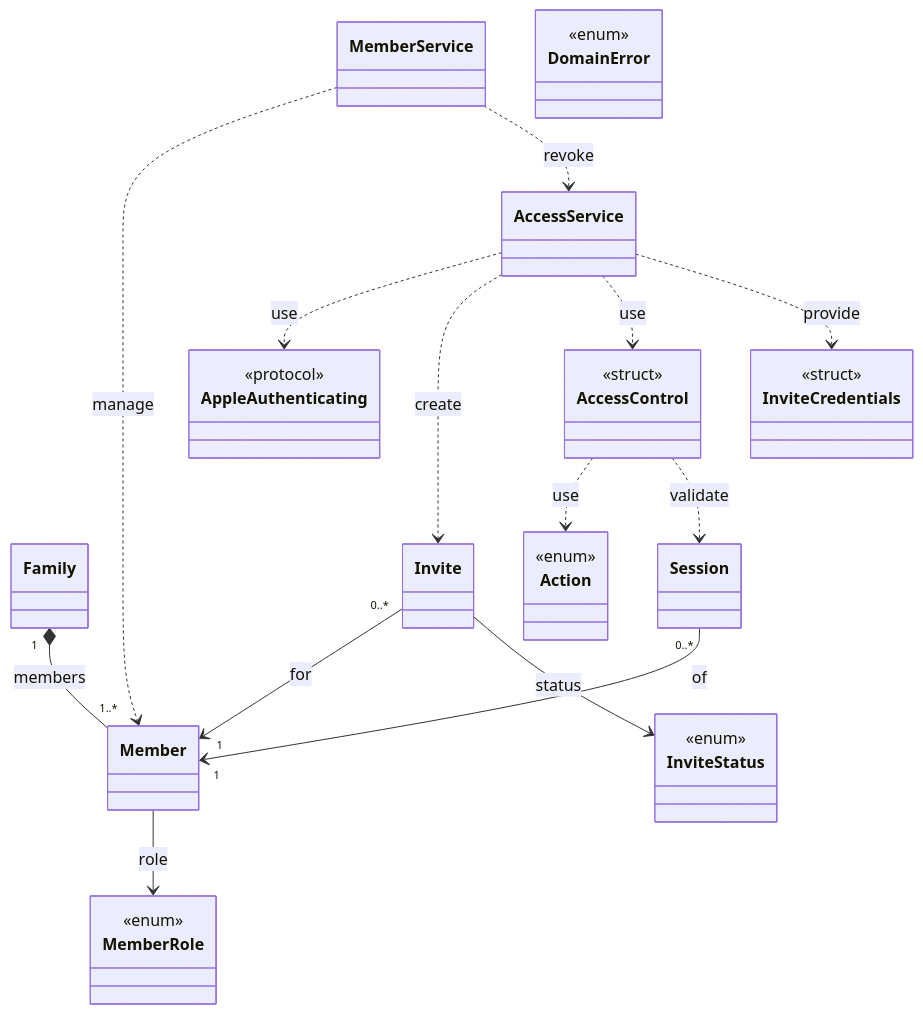
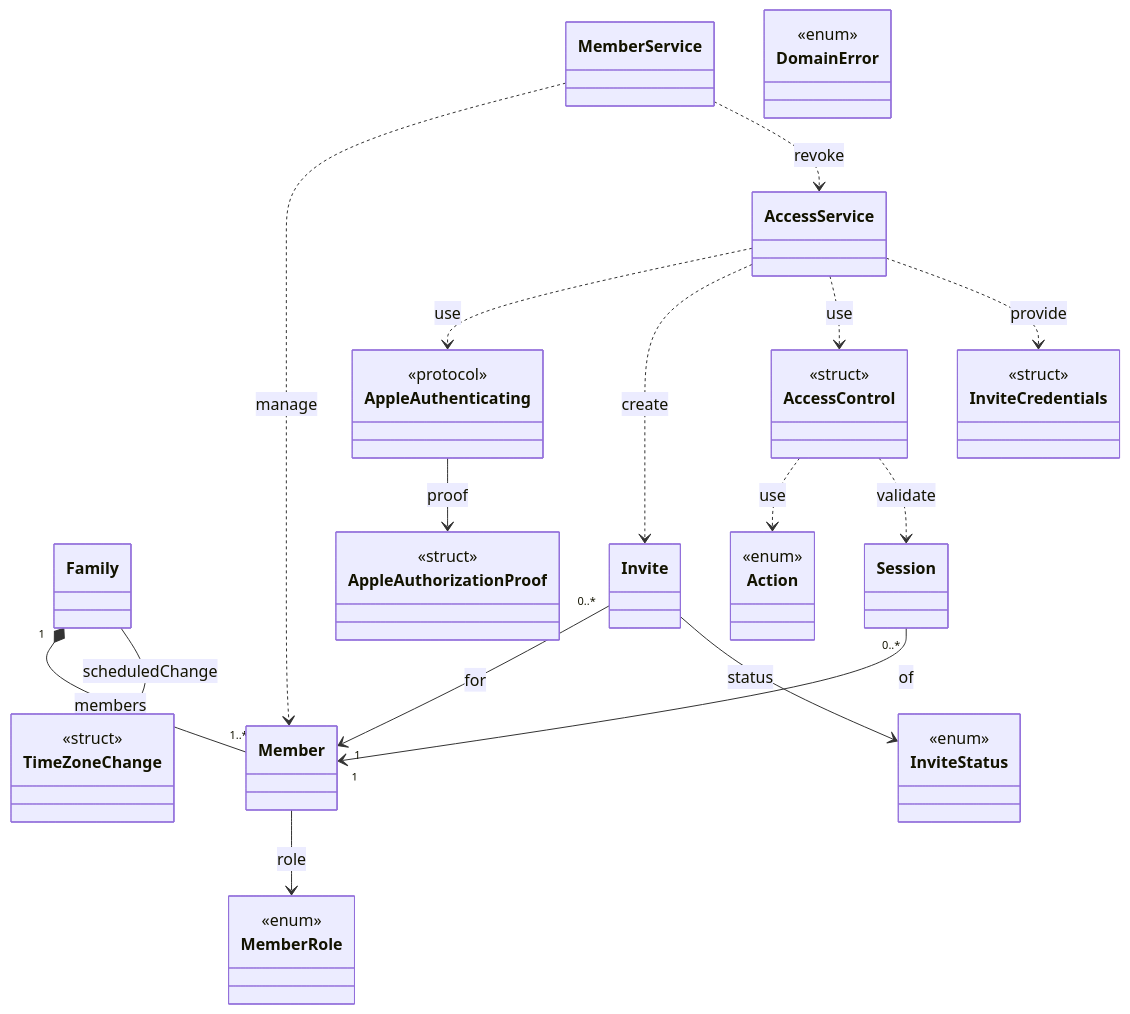
One commit to lizandramalta/App-Rotina-Familiar changed the first of 6 diagrams in docs/06-diagrama-de-classes.md. Above: the diagram before and after it, drawn with Mermaid. The commit also changed other lines of this file and 25 other files, not shown here.

````diff
--- a/docs/06-diagrama-de-classes.md
+++ b/docs/06-diagrama-de-classes.md
@@ -81,36 +83,42 @@
 ```mermaid
 classDiagram
     class Family
     class Member
     class MemberRole
     <<enum>> MemberRole
     class Invite
     class InviteStatus
     <<enum>> InviteStatus
     class Session
     class AppleAuthenticating
     <<protocol>> AppleAuthenticating
     class AccessService
     class InviteCredentials
     <<struct>> InviteCredentials
     class MemberService
     class AccessControl
     <<struct>> AccessControl
     class Action
     <<enum>> Action
     class DomainError
     <<enum>> DomainError
     Family "1" *-- "1..*" Member : members
     Member --> MemberRole : role
     Invite "0..*" --> "1" Member : for
     Invite --> InviteStatus : status
     Session "0..*" --> "1" Member : of
     AccessService ..> AppleAuthenticating : use
     AccessService ..> Invite : create
     AccessService ..> AccessControl : use
     AccessControl ..> Action : use
     MemberService ..> Member : manage
     MemberService ..> AccessService : revoke
     AccessService ..> InviteCredentials : provide
     AccessControl ..> Session : validate
+    class TimeZoneChange
+    <<struct>> TimeZoneChange
+    Family --> TimeZoneChange : scheduledChange
+    class AppleAuthorizationProof
+    <<struct>> AppleAuthorizationProof
+    AppleAuthenticating --> AppleAuthorizationProof : proof
 ```
````
